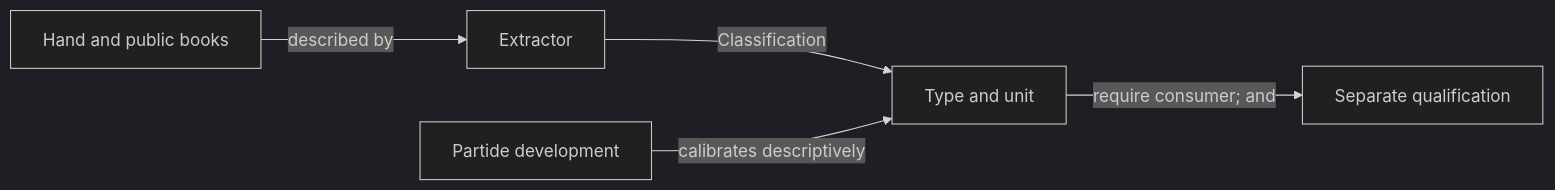
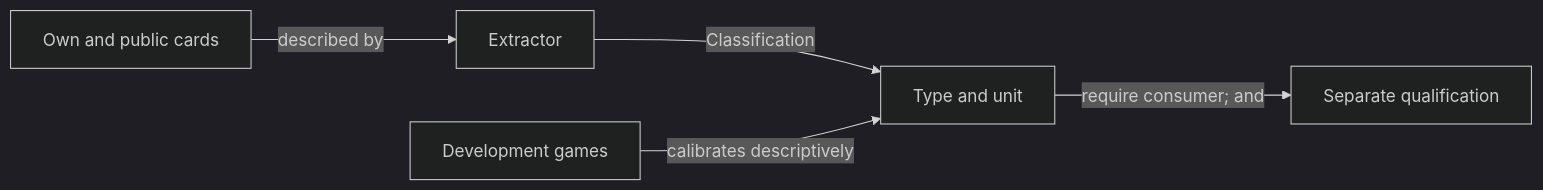
Before and after one commit to crististefanita/atf_j4: the diagram in docs/ai/ATF_HandPatternsRo.md, drawn with Mermaid (dark theme). The commit also changed other lines of this file and 84 other files, not shown here.

````diff
--- a/docs/ai/ATF_HandPatternsRo.md
+++ b/docs/ai/ATF_HandPatternsRo.md
@@ -9,7 +9,7 @@
 ```mermaid
 flowchart LR
-    OBS[Hand and public books] -->|described by| EXTRACT[Extractor]
+    OBS[Own and public cards] -->|described by| EXTRACT[Extractor]
     EXTRACT -->|Classification| PATTERN[Type and unit]
-    GAMES[Partide development] -->|calibrates descriptively| PATTERN
+    GAMES[Development games] -->|calibrates descriptively| PATTERN
     PATTERN -->|require consumer; and| GATE[Separate qualification]
 ```
````
